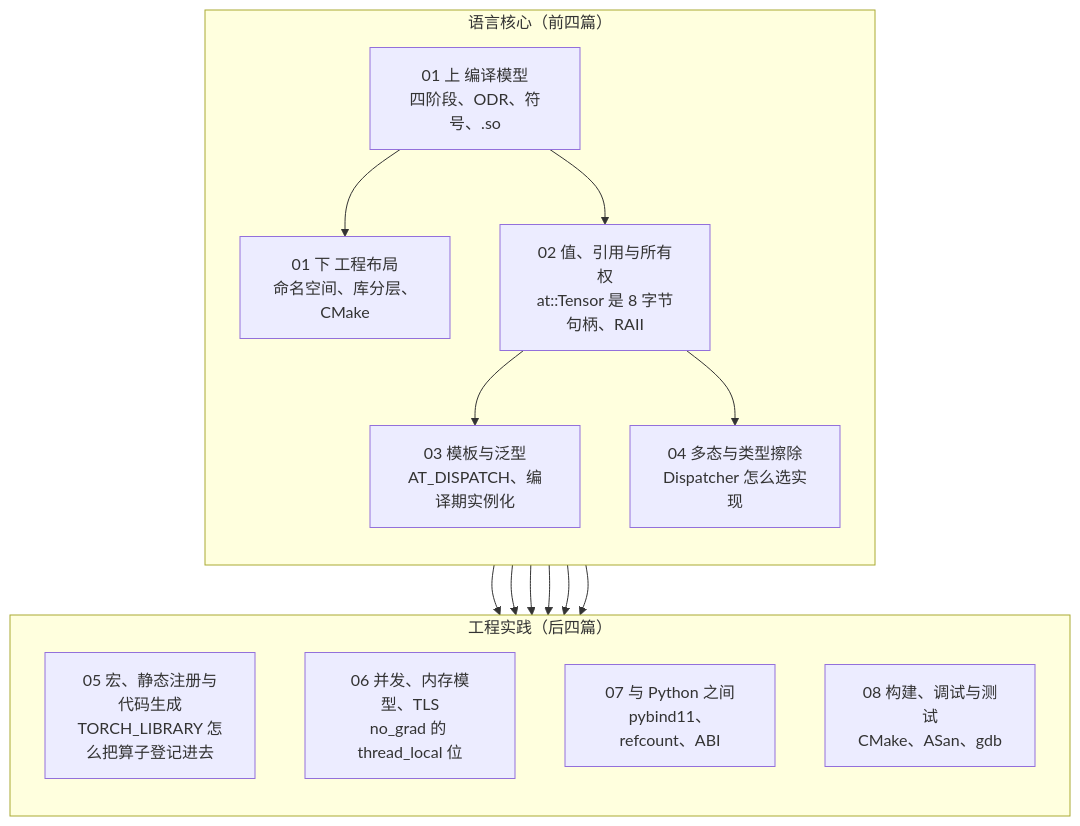
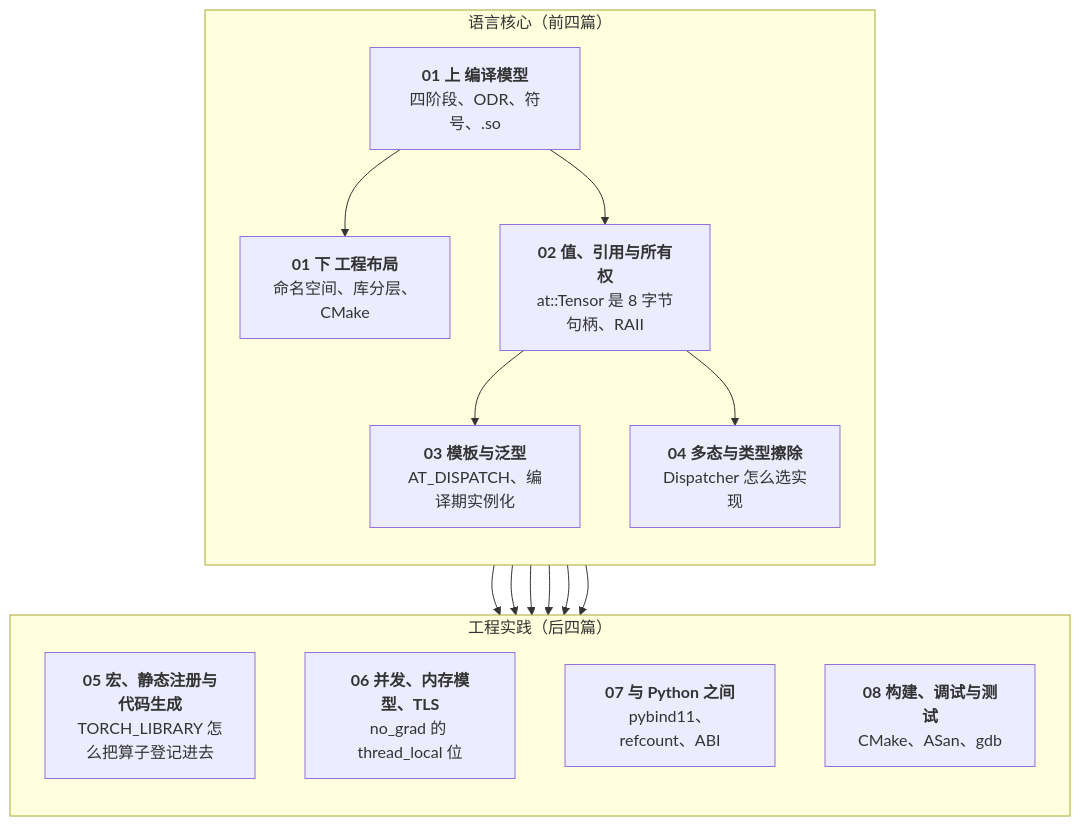
The diagram in _posts/2026-02-15-cpp-for-ai-infra-series-recap-and-self-test.md (arganzheng/arganzheng.github.com), drawn with Mermaid before and after one commit. The commit also changed 7 other files, not shown here.

First line of the commit message:
C++ 在 AI-Infra：从对象模型到算子扩展：Mermaid 多行方框的首行标为标题（8 篇）

````diff
--- a/_posts/2026-02-15-cpp-for-ai-infra-series-recap-and-self-test.md
+++ b/_posts/2026-02-15-cpp-for-ai-infra-series-recap-and-self-test.md
@@ -19,24 +19,24 @@
 ```mermaid
 %%{init: {"flowchart": {"wrappingWidth": 150}}}%%
 %% 图：C++ 系列全景：语言核心四篇与工程实践四篇之间的依赖
 flowchart TB
     subgraph L["语言核心（前四篇）"]
         direction TB
-        C1a["01 上 编译模型<br/>四阶段、ODR、符号、.so"] --> C1b["01 下 工程布局<br/>命名空间、库分层、CMake"]
-        C1a --> C2["02 值、引用与所有权<br/>at::Tensor 是 8 字节句柄、RAII"]
-        C2 --> C3["03 模板与泛型<br/>AT_DISPATCH、编译期实例化"]
-        C2 --> C4["04 多态与类型擦除<br/>Dispatcher 怎么选实现"]
+        C1a["<b>01 上 编译模型</b><br/>四阶段、ODR、符号、.so"] --> C1b["<b>01 下 工程布局</b><br/>命名空间、库分层、CMake"]
+        C1a --> C2["<b>02 值、引用与所有权</b><br/>at::Tensor 是 8 字节句柄、RAII"]
+        C2 --> C3["<b>03 模板与泛型</b><br/>AT_DISPATCH、编译期实例化"]
+        C2 --> C4["<b>04 多态与类型擦除</b><br/>Dispatcher 怎么选实现"]
     end
     subgraph E["工程实践（后四篇）"]
         direction TB
-        C5["05 宏、静态注册与代码生成<br/>TORCH_LIBRARY 怎么把算子登记进去"]
-        C6["06 并发、内存模型、TLS<br/>no_grad 的 thread_local 位"]
-        C7["07 与 Python 之间<br/>pybind11、refcount、ABI"]
-        C8["08 构建、调试与测试<br/>CMake、ASan、gdb"]
+        C5["<b>05 宏、静态注册与代码生成</b><br/>TORCH_LIBRARY 怎么把算子登记进去"]
+        C6["<b>06 并发、内存模型、TLS</b><br/>no_grad 的 thread_local 位"]
+        C7["<b>07 与 Python 之间</b><br/>pybind11、refcount、ABI"]
+        C8["<b>08 构建、调试与测试</b><br/>CMake、ASan、gdb"]
     end
     C3 & C4 --> C5
     C2 --> C6
     C2 & C4 --> C7
     C1a --> C8
 
 ```
````
